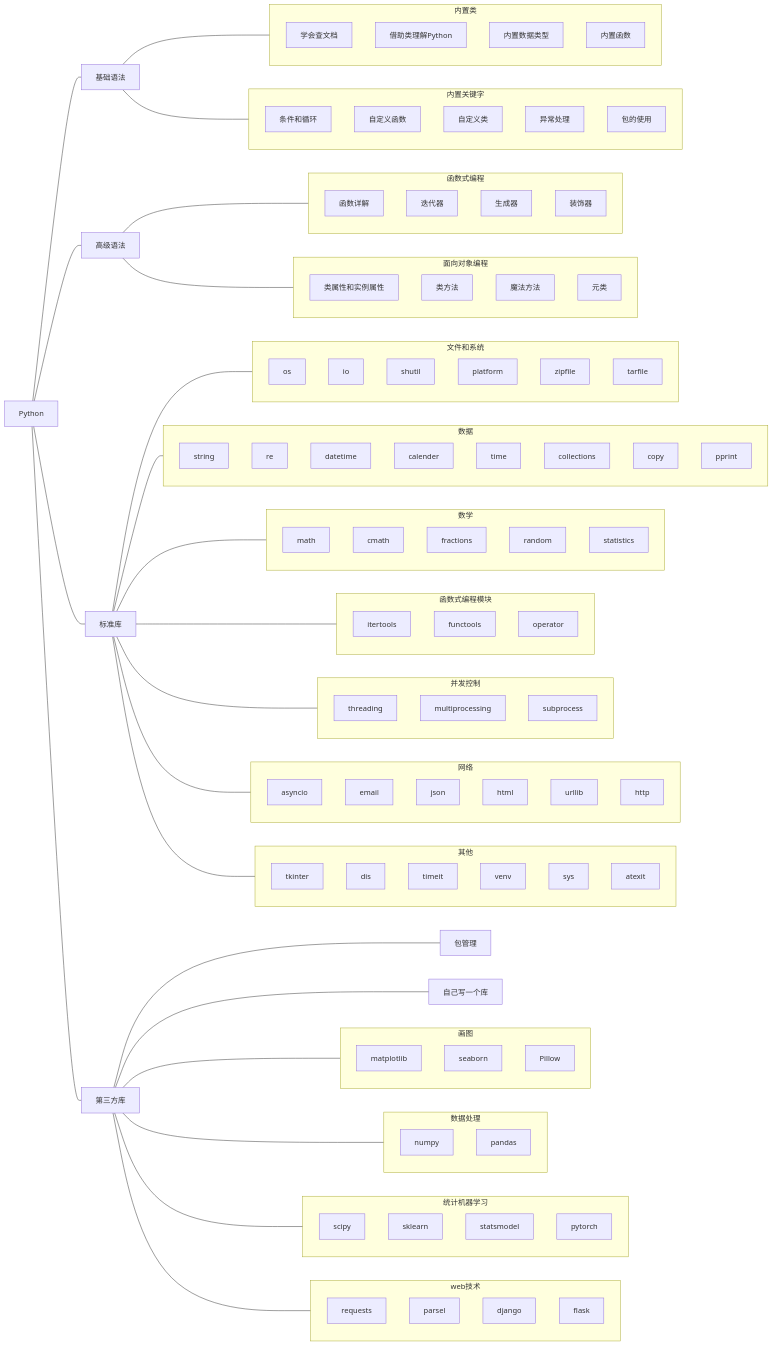
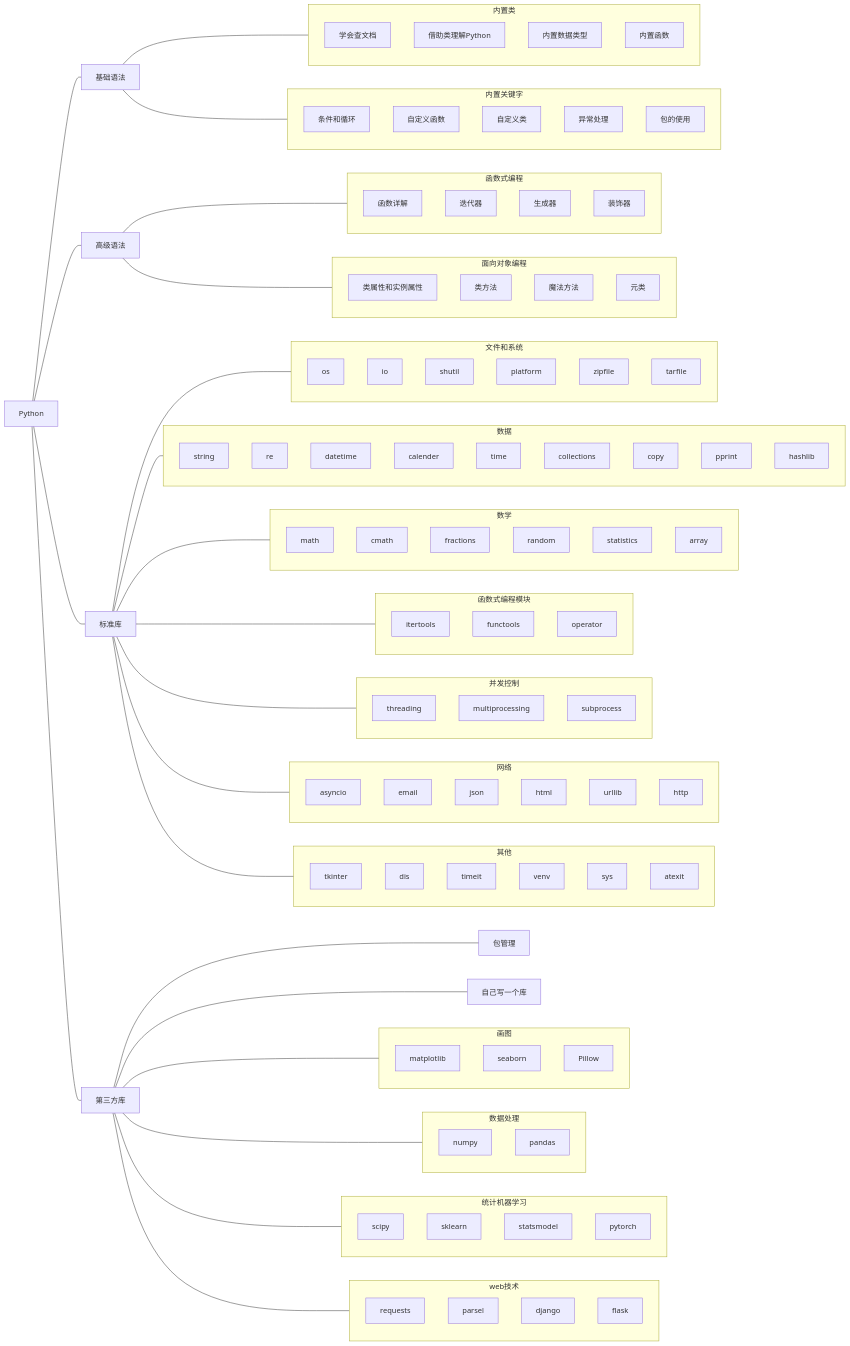
Before and after one commit to AIboy996/AIboy996.GitHub.io: the diagram in docs/Python/index.md, drawn with Mermaid. The commit also changed 20 other files, not shown here.

```diff
--- a/docs/Python/index.md
+++ b/docs/Python/index.md
@@ -119,10 +119,10 @@
     end
     subgraph 数据
     string;re;datetime;calender;time;
-    collections;copy;pprint;
+    collections;copy;pprint;hashlib;
     end
     subgraph 数学
-    math; cmath; fractions; random; statistics
+    math; cmath; fractions; random; statistics; array
     end
     subgraph 函数式编程模块
     itertools; functools; operator
```
